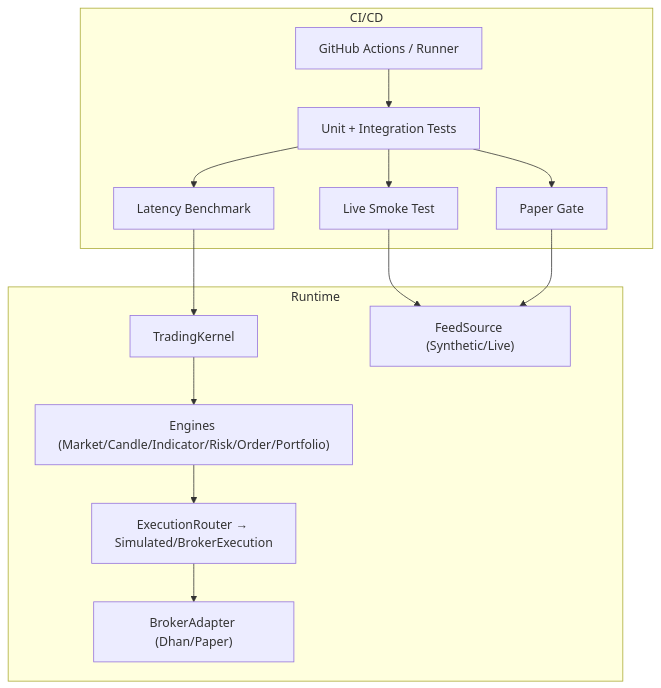
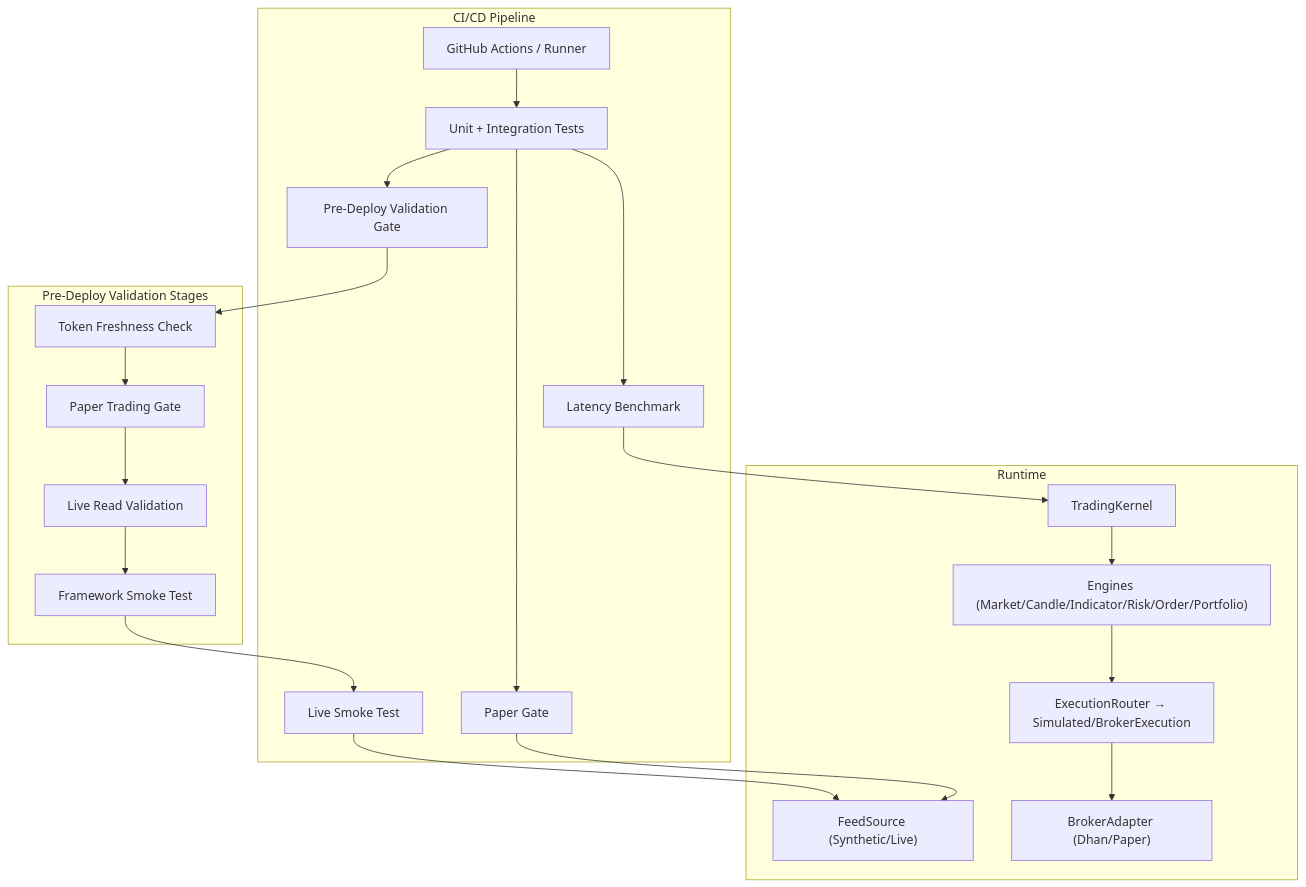
The second of 4 diagrams in .qoder/repowiki/en/content/Examples & Tutorials/Production Deployment Examples/Deployment Workflows.md (Ganesh-Kusundal/nTrade), drawn with Mermaid before and after one commit. The commit also changed other lines of this file and 203 other files, not shown here.

````diff
--- a/.qoder/repowiki/en/content/Examples & Tutorials/Production Deployment Examples/Deployment Workflows.md
+++ b/.qoder/repowiki/en/content/Examples & Tutorials/Production Deployment Examples/Deployment Workflows.md
@@ -96,27 +124,39 @@
 ```mermaid
 graph TB
-subgraph "CI/CD"
+subgraph "CI/CD Pipeline"
 CI["GitHub Actions / Runner"]
 TESTS["Unit + Integration Tests"]
+PREDEPLOY["Pre-Deploy Validation Gate"]
 SMOKE["Live Smoke Test"]
 PAPER["Paper Gate"]
 BENCH["Latency Benchmark"]
+end
+subgraph "Pre-Deploy Validation Stages"
+TOKEN["Token Freshness Check"]
+PAPER_GATE["Paper Trading Gate"]
+LIVE_READ["Live Read Validation"]
+FRAMEWORK_SMOKE["Framework Smoke Test"]
 end
 subgraph "Runtime"
 KERNEL["TradingKernel"]
 ENGINES["Engines (Market/Candle/Indicator/Risk/Order/Portfolio)"]
 EXEC["ExecutionRouter → Simulated/BrokerExecution"]
 FEED["FeedSource (Synthetic/Live)"]
 BROKER["BrokerAdapter (Dhan/Paper)"]
 end
 CI --> TESTS
-TESTS --> SMOKE
+TESTS --> PREDEPLOY
+PREDEPLOY --> TOKEN
+TOKEN --> PAPER_GATE
+PAPER_GATE --> LIVE_READ
+LIVE_READ --> FRAMEWORK_SMOKE
+FRAMEWORK_SMOKE --> SMOKE
 TESTS --> PAPER
 TESTS --> BENCH
 SMOKE --> FEED
 PAPER --> FEED
 BENCH --> KERNEL
 KERNEL --> ENGINES
 ENGINES --> EXEC
 EXEC --> BROKER
 ```
````
